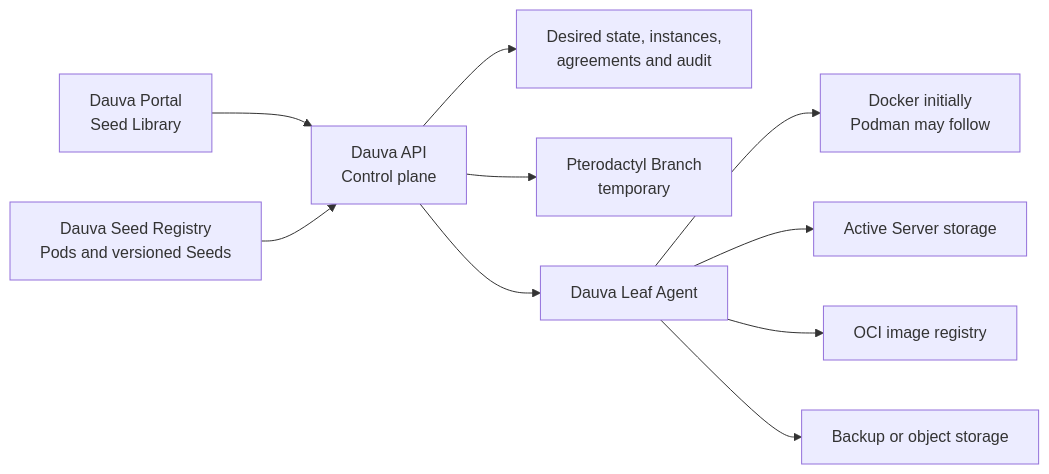
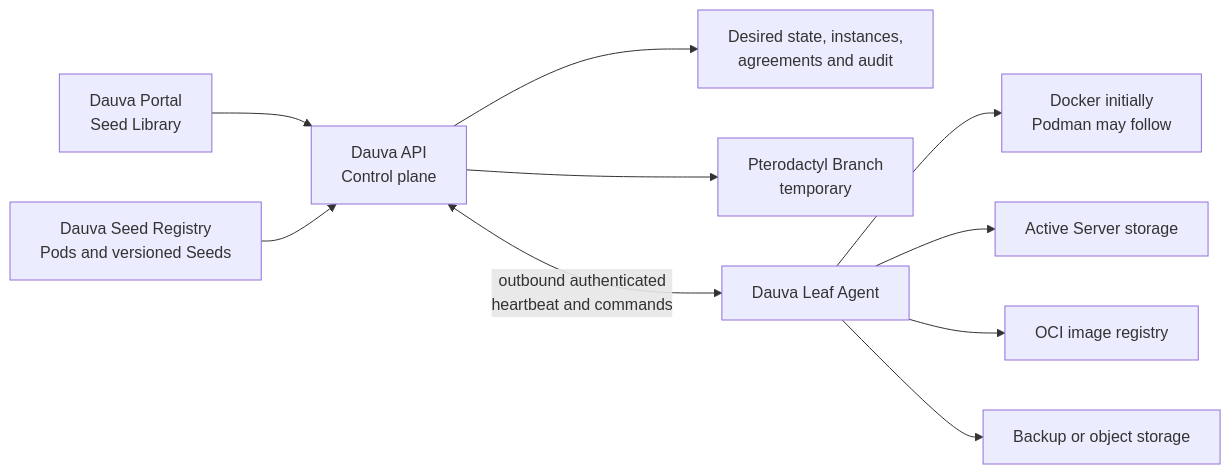
One commit to Deucarian/dauva-seeds changed the diagram in docs/architecture/dauva-native-server-platform.md. Above: the diagram before and after it, drawn with Mermaid. The commit also changed other lines of this file and 4 other files, not shown here.

````diff
--- a/docs/architecture/dauva-native-server-platform.md
+++ b/docs/architecture/dauva-native-server-platform.md
@@ -152,12 +158,12 @@
 ```mermaid
 flowchart LR
     Portal["Dauva Portal<br/>Seed Library"] --> API["Dauva API<br/>Control plane"]
     Registry["Dauva Seed Registry<br/>Pods and versioned Seeds"] --> API
     API --> Database["Desired state, instances,<br/>agreements and audit"]
     API --> Pterodactyl["Pterodactyl Branch<br/>temporary"]
-    API --> Agent["Dauva Leaf Agent"]
+    API <-->|"outbound authenticated<br/>heartbeat and commands"| Agent["Dauva Leaf Agent"]
     Agent --> Runtime["Docker initially<br/>Podman may follow"]
     Agent --> Data["Active Server storage"]
     Agent --> Images["OCI image registry"]
     Agent --> Backups["Backup or object storage"]
 ```
````
